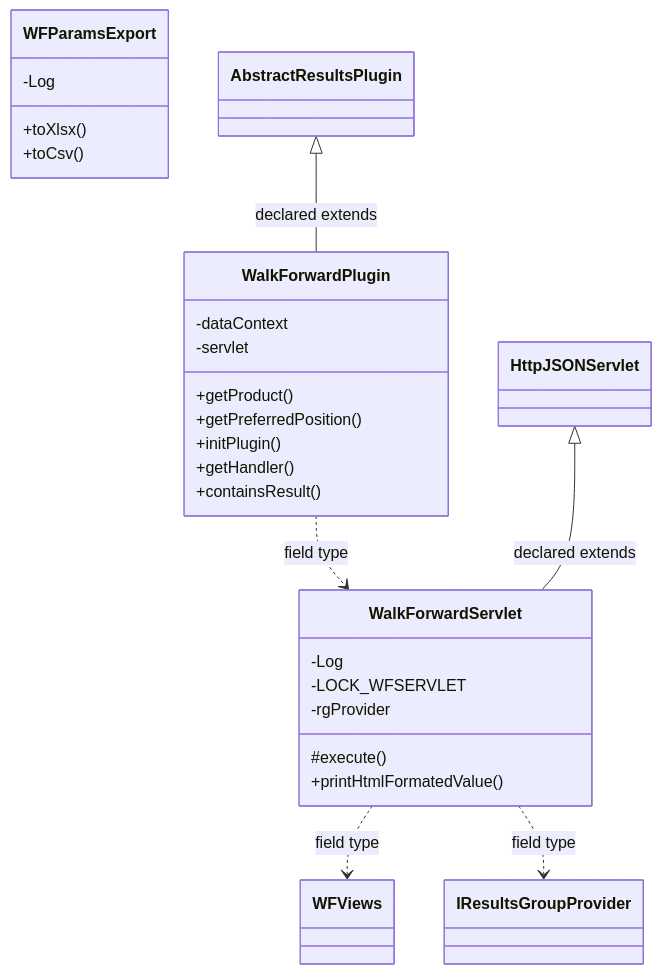
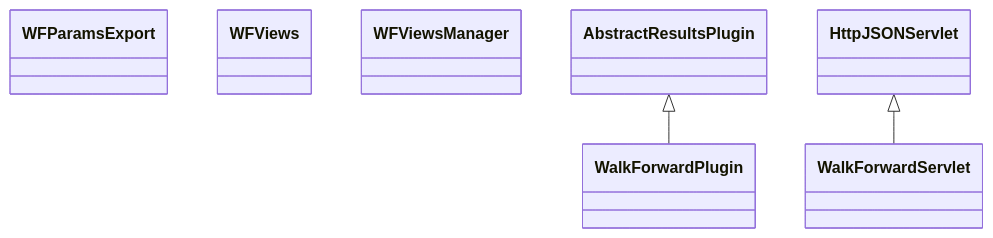
Before and after one commit to haruperi/HaruQuantAI: the diagram in docs/sqx/Results/ResultsWalkForward.md, drawn with Mermaid. The commit also changed other lines of this file and 1688 other files, not shown here.

````diff
--- a/docs/sqx/Results/ResultsWalkForward.md
+++ b/docs/sqx/Results/ResultsWalkForward.md
@@ -30,33 +26,12 @@
 ```mermaid
 classDiagram
-    class C6e1d3ca3603e["WFParamsExport"] {
-        -Log
-        +toXlsx()
-        +toCsv()
-    }
-    class C561f025770b2["WalkForwardPlugin"] {
-        -dataContext
-        -servlet
-        +getProduct()
-        +getPreferredPosition()
-        +initPlugin()
-        +getHandler()
-        +containsResult()
-    }
-    class Cc16033f6db3e["WalkForwardServlet"] {
-        -Log
-        -LOCK_WFSERVLET
-        -rgProvider
-        #execute()
-        +printHtmlFormatedValue()
-    }
-    class Cd8e3eb6ebc25["WFViews"]
-    class C180e0c3f58c3["AbstractResultsPlugin"]
-    class C9ceba9ba4bac["IResultsGroupProvider"]
-    class C8900f90ae594["HttpJSONServlet"]
-    C180e0c3f58c3 <|-- C561f025770b2 : declared extends
-    C561f025770b2 ..> Cc16033f6db3e : field type
-    C8900f90ae594 <|-- Cc16033f6db3e : declared extends
-    Cc16033f6db3e ..> Cd8e3eb6ebc25 : field type
-    Cc16033f6db3e ..> C9ceba9ba4bac : field type
+    class C0["WFParamsExport"]
+    class C1["WalkForwardPlugin"]
+    class C2["WalkForwardServlet"]
+    class C3["WFViews"]
+    class C4["WFViewsManager"]
+    class E0["AbstractResultsPlugin"]
+    E0 <|-- C1
+    class E1["HttpJSONServlet"]
+    E1 <|-- C2
 ```
````
